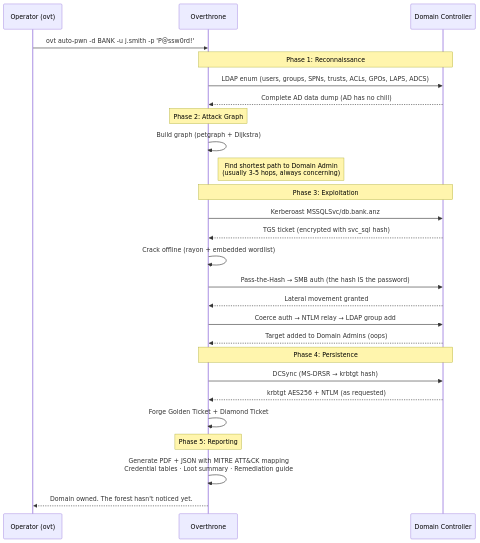
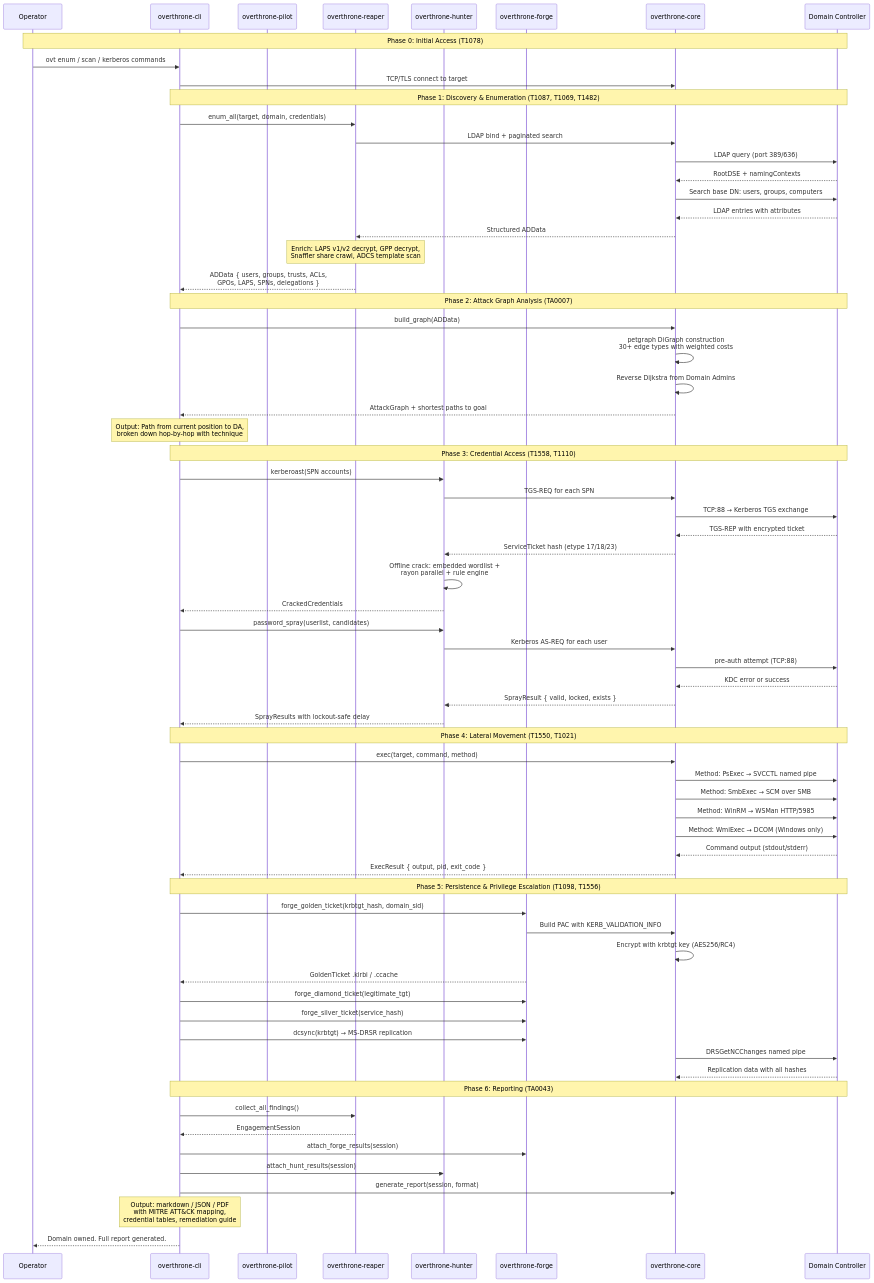
The first of 2 diagrams in README.md (Karmanya03/Overthrone), drawn with Mermaid before and after one commit. The commit also changed other lines of this file, not shown here.

Commit message:
docs: professional layered architecture diagram and detailed kill-chain sequence diagram

````diff
--- a/README.md
+++ b/README.md
@@ -78,35 +78,80 @@
 ```mermaid
 sequenceDiagram
-    participant Op as Operator (ovt)
-    participant OV as Overthrone
+    participant Op as Operator
+    participant CLI as overthrone-cli
+    participant PILOT as overthrone-pilot
+    participant REAPER as overthrone-reaper
+    participant HUNTER as overthrone-hunter
+    participant FORGE as overthrone-forge
+    participant CORE as overthrone-core
     participant DC as Domain Controller
 
-    Op->>OV: ovt auto-pwn -d BANK -u j.smith -p 'P@ssw0rd!'
+    Note over Op,DC: Phase 0: Initial Access (T1078)
+    Op->>CLI: ovt enum / scan / kerberos commands
+    CLI->>CORE: TCP/TLS connect to target
 
-    Note over OV,DC: Phase 1: Reconnaissance
-    OV->>DC: LDAP enum (users, groups, SPNs, trusts, ACLs, GPOs, LAPS, ADCS)
-    DC-->>OV: Complete AD data dump (AD has no chill)
+    Note over CLI,DC: Phase 1: Discovery & Enumeration (T1087, T1069, T1482)
+    CLI->>REAPER: enum_all(target, domain, credentials)
+    REAPER->>CORE: LDAP bind + paginated search
+    CORE->>DC: LDAP query (port 389/636)
+    DC-->>CORE: RootDSE + namingContexts
+    CORE->>DC: Search base DN: users, groups, computers
+    DC-->>CORE: LDAP entries with attributes
+    CORE-->>REAPER: Structured ADData
+    Note over REAPER: Enrich: LAPS v1/v2 decrypt, GPP decrypt,<br/>Snaffler share crawl, ADCS template scan
+    REAPER-->>CLI: ADData { users, groups, trusts, ACLs,<br/>GPOs, LAPS, SPNs, delegations }
 
-    Note over OV: Phase 2: Attack Graph
-    OV->>OV: Build graph (petgraph + Dijkstra)
-    Note right of OV: Find shortest path to Domain Admin<br/>(usually 3-5 hops, always concerning)
+    Note over CLI,DC: Phase 2: Attack Graph Analysis (TA0007)
+    CLI->>CORE: build_graph(ADData)
+    CORE->>CORE: petgraph DiGraph construction<br/>30+ edge types with weighted costs
+    CORE->>CORE: Reverse Dijkstra from Domain Admins
+    CORE-->>CLI: AttackGraph + shortest paths to goal
+    Note over CLI: Output: Path from current position to DA,<br/>broken down hop-by-hop with technique
 
-    Note over OV,DC: Phase 3: Exploitation
-    OV->>DC: Kerberoast MSSQLSvc/db.bank.anz
-    DC-->>OV: TGS ticket (encrypted with svc_sql hash)
-    OV->>OV: Crack offline (rayon + embedded wordlist)
-    OV->>DC: Pass-the-Hash → SMB auth (the hash IS the password)
-    DC-->>OV: Lateral movement granted
-    OV->>DC: Coerce auth → NTLM relay → LDAP group add
-    DC-->>OV: Target added to Domain Admins (oops)
+    Note over CLI,DC: Phase 3: Credential Access (T1558, T1110)
+    CLI->>HUNTER: kerberoast(SPN accounts)
+    HUNTER->>CORE: TGS-REQ for each SPN
+    CORE->>DC: TCP:88 → Kerberos TGS exchange
+    DC-->>CORE: TGS-REP with encrypted ticket
+    CORE-->>HUNTER: ServiceTicket hash (etype 17/18/23)
+    HUNTER->>HUNTER: Offline crack: embedded wordlist +<br/>rayon parallel + rule engine
+    HUNTER-->>CLI: CrackedCredentials
 
-    Note over OV,DC: Phase 4: Persistence
-    OV->>DC: DCSync (MS-DRSR → krbtgt hash)
-    DC-->>OV: krbtgt AES256 + NTLM (as requested)
-    OV->>OV: Forge Golden Ticket + Diamond Ticket
+    CLI->>HUNTER: password_spray(userlist, candidates)
+    HUNTER->>CORE: Kerberos AS-REQ for each user
+    CORE->>DC: pre-auth attempt (TCP:88)
+    DC-->>CORE: KDC error or success
+    CORE-->>HUNTER: SprayResult { valid, locked, exists }
+    HUNTER-->>CLI: SprayResults with lockout-safe delay
 
-    Note over OV: Phase 5: Reporting
-    OV->>OV: Generate PDF + JSON with MITRE ATT&CK mapping<br/>Credential tables · Loot summary · Remediation guide
+    Note over CLI,DC: Phase 4: Lateral Movement (T1550, T1021)
+    CLI->>CORE: exec(target, command, method)
+    CORE->>DC: Method: PsExec → SVCCTL named pipe
+    CORE->>DC: Method: SmbExec → SCM over SMB
+    CORE->>DC: Method: WinRM → WSMan HTTP/5985
+    CORE->>DC: Method: WmiExec → DCOM (Windows only)
+    DC-->>CORE: Command output (stdout/stderr)
+    CORE-->>CLI: ExecResult { output, pid, exit_code }
 
-    OV-->>Op: Domain owned. The forest hasn't noticed yet.
+    Note over CLI,DC: Phase 5: Persistence & Privilege Escalation (T1098, T1556)
+    CLI->>FORGE: forge_golden_ticket(krbtgt_hash, domain_sid)
+    FORGE->>CORE: Build PAC with KERB_VALIDATION_INFO
+    CORE->>CORE: Encrypt with krbtgt key (AES256/RC4)
+    FORGE-->>CLI: GoldenTicket .kirbi / .ccache
+
+    CLI->>FORGE: forge_diamond_ticket(legitimate_tgt)
+    CLI->>FORGE: forge_silver_ticket(service_hash)
+    CLI->>FORGE: dcsync(krbtgt) → MS-DRSR replication
+    CORE->>DC: DRSGetNCChanges named pipe
+    DC-->>CORE: Replication data with all hashes
+
+    Note over CLI,DC: Phase 6: Reporting (TA0043)
+    CLI->>REAPER: collect_all_findings()
+    REAPER-->>CLI: EngagementSession
+    CLI->>FORGE: attach_forge_results(session)
+    CLI->>HUNTER: attach_hunt_results(session)
+    CLI->>CORE: generate_report(session, format)
+    Note over CLI: Output: markdown / JSON / PDF<br/>with MITRE ATT&CK mapping,<br/>credential tables, remediation guide
+
+    CLI-->>Op: Domain owned. Full report generated.
 ```
````
